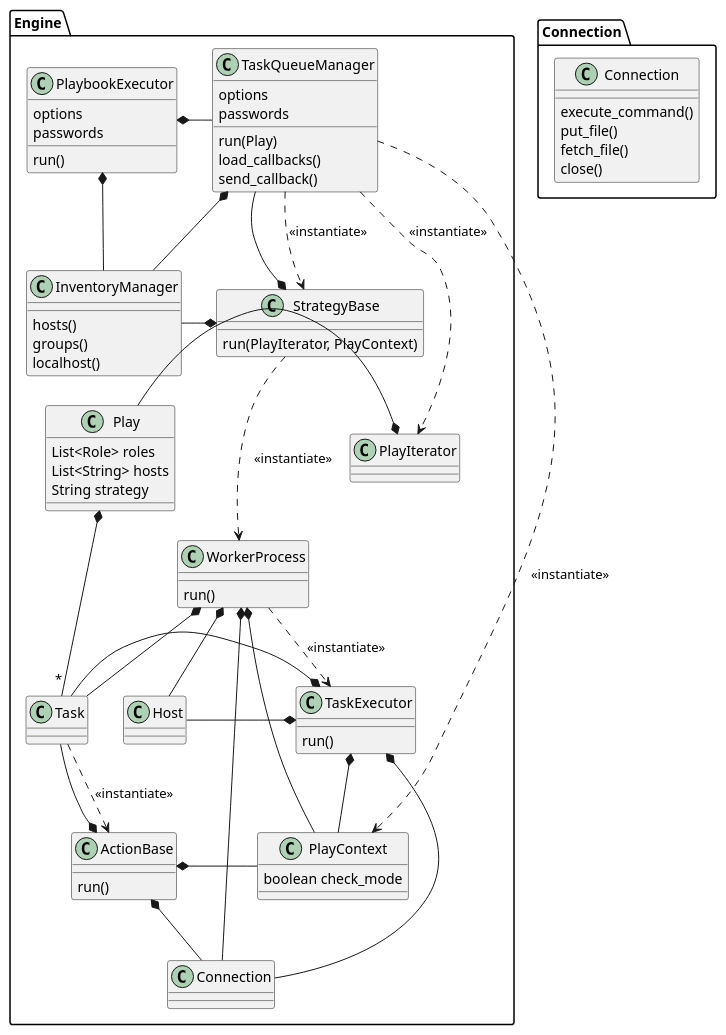
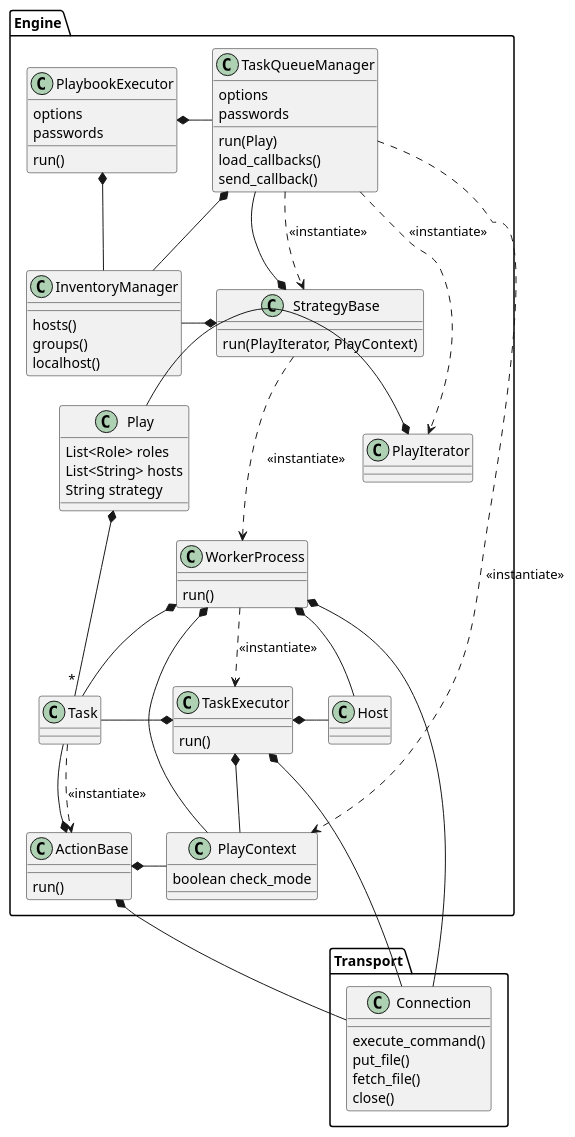
One commit to ezequiels/nazz changed the diagram in project/uml/engine.puml. Above: the diagram before and after it, drawn with PlantUML.

Commit message:
Additional diagrams

```diff
--- a/project/uml/engine.puml
+++ b/project/uml/engine.puml
@@ -1,87 +1,87 @@
 @startuml
+
+package Transport {
+    class Connection
+    Connection : execute_command()
+    Connection : put_file()
+    Connection : fetch_file()
+    Connection : close()
+}
 
 Package Engine {
     class PlaybookExecutor
     PlaybookExecutor *- InventoryManager
     PlaybookExecutor : options
     PlaybookExecutor : passwords
     PlaybookExecutor : run()
     PlaybookExecutor *- TaskQueueManager
 
     class StrategyBase
     StrategyBase : run(PlayIterator, PlayContext)
     StrategyBase ..> WorkerProcess : <<instantiate>>
     StrategyBase *- InventoryManager
     StrategyBase *-- TaskQueueManager
 
     class InventoryManager
     InventoryManager : hosts()
     InventoryManager : groups()
     InventoryManager : localhost()
 
     class TaskQueueManager
     TaskQueueManager : options
     TaskQueueManager : passwords
     TaskQueueManager : run(Play)
     TaskQueueManager : load_callbacks()
     TaskQueueManager : send_callback()
     TaskQueueManager ..> StrategyBase : <<instantiate>>
     TaskQueueManager ..> PlayIterator : <<instantiate>>
     TaskQueueManager ..> PlayContext : <<instantiate>>
     TaskQueueManager *-- InventoryManager
 
     class Host
 
     class Play
     Play : List<Role> roles
     Play : List<String> hosts
     Play *- "*" Task
     Play : String strategy
 
     class PlayContext
     PlayContext : boolean check_mode
 
     class Task
     Task ..> ActionBase : <<instantiate>>
 
     class ActionBase
     ActionBase *-- Task
     ActionBase *- PlayContext
     ActionBase *- Connection
     ActionBase : run()
 
 
     class TaskExecutor
     TaskExecutor : run()
     TaskExecutor *- Host
     TaskExecutor *- Task
     TaskExecutor *-- PlayContext
     TaskExecutor *--- Connection
 '    TaskExecutor *-- "*" TaskResult
 
     class PlayIterator
     PlayIterator *- Play
 
     class WorkerProcess
     WorkerProcess : run()
     WorkerProcess *- Host
     WorkerProcess *-- Task
     WorkerProcess *-- PlayContext
     WorkerProcess *-- Connection
 '    WorkerProcess *-- "*" TaskResult
     WorkerProcess ..> TaskExecutor : <<instantiate>>
 
 '    class TaskResult
 '    TaskResult *- Host
 '    TaskResult *- Task
 }
 
-package Connection {
-    class Connection
-    Connection : execute_command()
-    Connection : put_file()
-    Connection : fetch_file()
-    Connection : close()
-}
-
 @enduml
```
